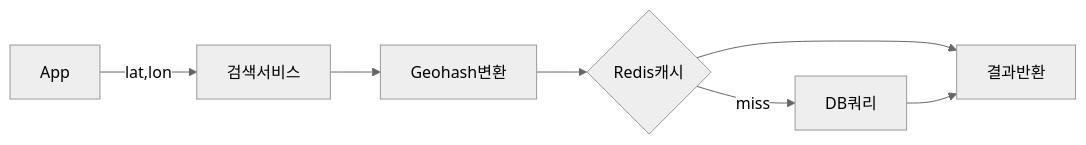
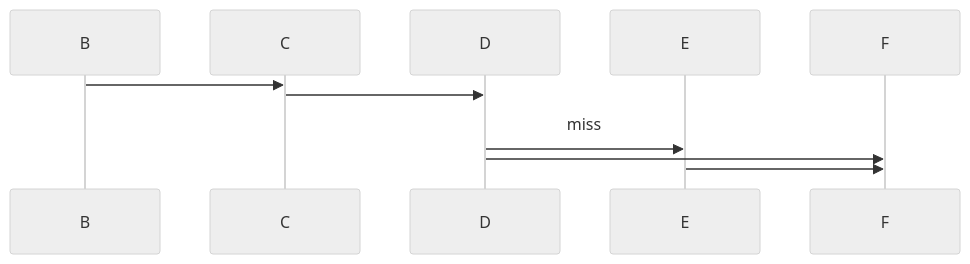
The fourth of 9 diagrams in _posts/systemdesign/2026-05-03-system-design-location.md (yjkim2015/yjkim2015.github.io), drawn with Mermaid (neutral theme) before and after one commit. The commit also changed 89 other files, not shown here.

First line of the commit message:
복잡한 flowchart 163개 → sequenceDiagram 변환 (90파일)

````diff
--- a/_posts/systemdesign/2026-05-03-system-design-location.md
+++ b/_posts/systemdesign/2026-05-03-system-design-location.md
@@ -304,8 +304,8 @@
 ```mermaid
-graph LR
-    A[App] -->|lat,lon| B[검색서비스]
-    B --> C[Geohash변환]
-    C --> D{Redis캐시}
-    D -->|miss| E[DB쿼리]
-    D & E --> F[결과반환]
+sequenceDiagram
+    B->>C: 
+    C->>D: 
+    D->>E: miss
+    D->>F: 
+    E->>F: 
 ```
````
